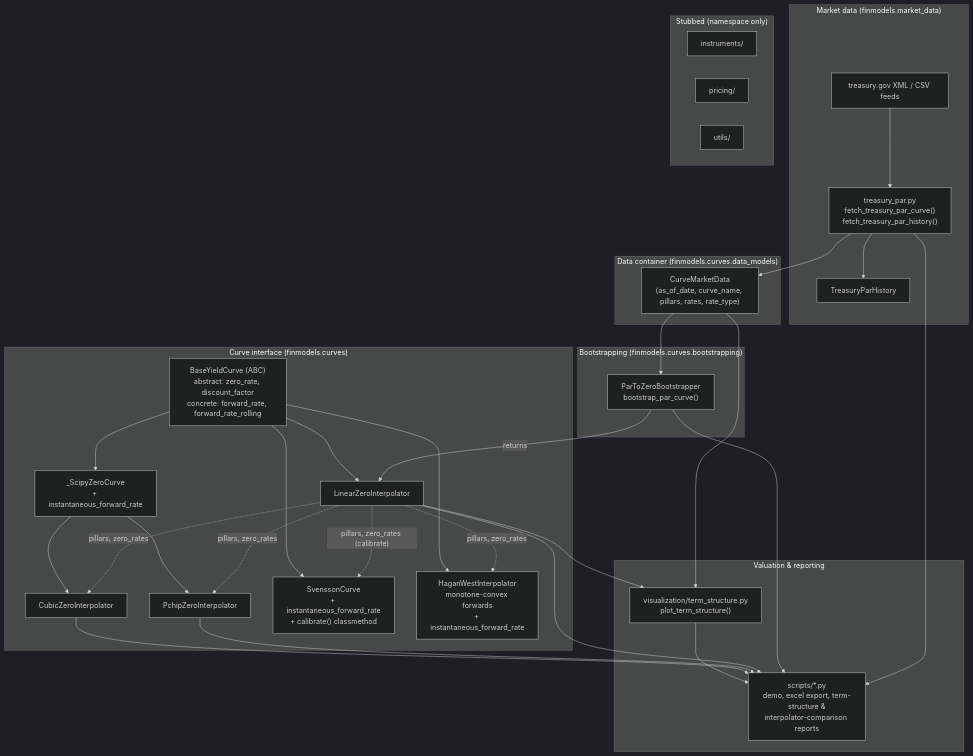
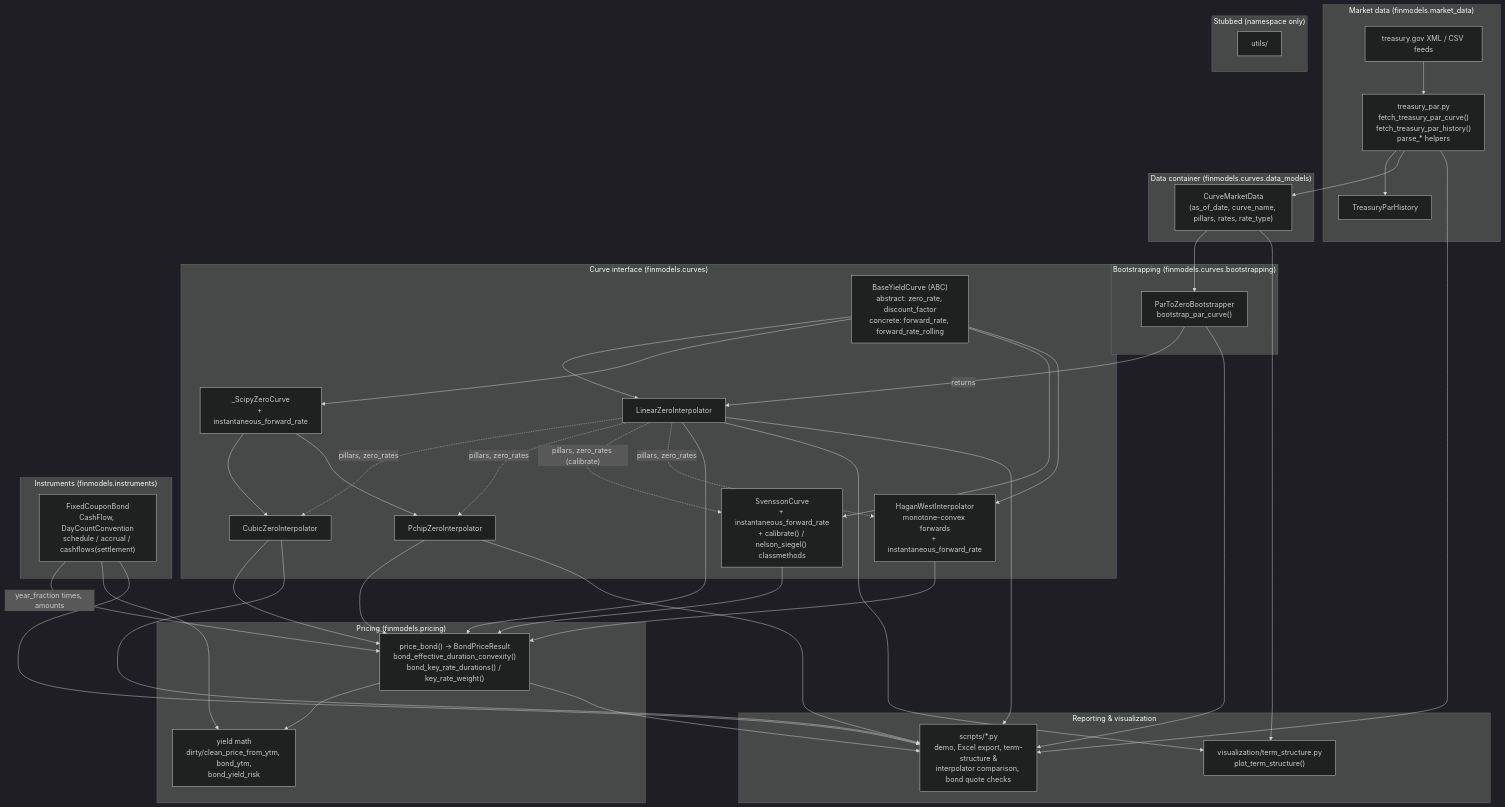
Before and after one commit to SeanDKPark/financial-models: the diagram in docs/architecture.md, drawn with Mermaid (dark theme). The commit also changed other lines of this file, not shown here.

First line of the commit message:
docs: refresh architecture for instruments and pricing layers (#2)

````diff
--- a/docs/architecture.md
+++ b/docs/architecture.md
@@ -12,61 +12,79 @@
 ```mermaid
 flowchart TD
     subgraph ingest["Market data (finmodels.market_data)"]
         TFEED["treasury.gov XML / CSV feeds"]
-        TPAR["treasury_par.py<br/>fetch_treasury_par_curve()<br/>fetch_treasury_par_history()"]
+        TPAR["treasury_par.py<br/>fetch_treasury_par_curve()<br/>fetch_treasury_par_history()<br/>parse_* helpers"]
         THIST["TreasuryParHistory"]
         TFEED --> TPAR
         TPAR --> THIST
     end
 
     subgraph container["Data container (finmodels.curves.data_models)"]
         CMD["CurveMarketData<br/>(as_of_date, curve_name, pillars, rates, rate_type)"]
     end
 
     subgraph strip["Bootstrapping (finmodels.curves.bootstrapping)"]
         BOOT["ParToZeroBootstrapper<br/>bootstrap_par_curve()"]
     end
 
     subgraph curves["Curve interface (finmodels.curves)"]
         BASE["BaseYieldCurve (ABC)<br/>abstract: zero_rate, discount_factor<br/>concrete: forward_rate, forward_rate_rolling"]
         LIN["LinearZeroInterpolator"]
         SCIPY["_ScipyZeroCurve<br/>+ instantaneous_forward_rate"]
         CUB["CubicZeroInterpolator"]
         PCH["PchipZeroInterpolator"]
-        SVEN["SvenssonCurve<br/>+ instantaneous_forward_rate<br/>+ calibrate() classmethod"]
+        SVEN["SvenssonCurve<br/>+ instantaneous_forward_rate<br/>+ calibrate() / nelson_siegel() classmethods"]
         HW["HaganWestInterpolator<br/>monotone-convex forwards<br/>+ instantaneous_forward_rate"]
         BASE --> LIN
         BASE --> SCIPY
         SCIPY --> CUB
         SCIPY --> PCH
         BASE --> SVEN
         BASE --> HW
     end
 
-    subgraph consume["Valuation & reporting"]
+    subgraph instr["Instruments (finmodels.instruments)"]
+        BOND["FixedCouponBond<br/>CashFlow, DayCountConvention<br/>schedule / accrual / cashflows(settlement)"]
+    end
+
+    subgraph price["Pricing (finmodels.pricing)"]
+        YM["yield math<br/>dirty/clean_price_from_ytm, bond_ytm,<br/>bond_yield_risk"]
+        PB["price_bond() -> BondPriceResult<br/>bond_effective_duration_convexity()<br/>bond_key_rate_durations() / key_rate_weight()"]
+    end
+
+    subgraph consume["Reporting & visualization"]
         VIZ["visualization/term_structure.py<br/>plot_term_structure()"]
-        SCRIPTS["scripts/*.py<br/>demo, excel export, term-structure &<br/>interpolator-comparison reports"]
-        VIZ --> SCRIPTS
+        SCRIPTS["scripts/*.py<br/>demo, Excel export, term-structure &<br/>interpolator comparison, bond quote checks"]
     end
 
     subgraph stubs["Stubbed (namespace only)"]
-        INSTR["instruments/"]
-        PRICE["pricing/"]
         UTILS["utils/"]
     end
 
     TPAR --> CMD
     CMD --> BOOT
     BOOT -->|returns| LIN
     LIN -.->|"pillars, zero_rates"| CUB
     LIN -.->|"pillars, zero_rates"| PCH
     LIN -.->|"pillars, zero_rates (calibrate)"| SVEN
     LIN -.->|"pillars, zero_rates"| HW
+
+    BOND -->|"year_fraction times, amounts"| PB
+    LIN --> PB
+    CUB --> PB
+    PCH --> PB
+    SVEN --> PB
+    HW --> PB
+    BOND --> YM
+    PB --> YM
+
     CMD --> VIZ
     LIN --> VIZ
     CUB --> SCRIPTS
     PCH --> SCRIPTS
     LIN --> SCRIPTS
     BOOT --> SCRIPTS
     TPAR --> SCRIPTS
+    BOND --> SCRIPTS
+    PB --> SCRIPTS
 ```
````
